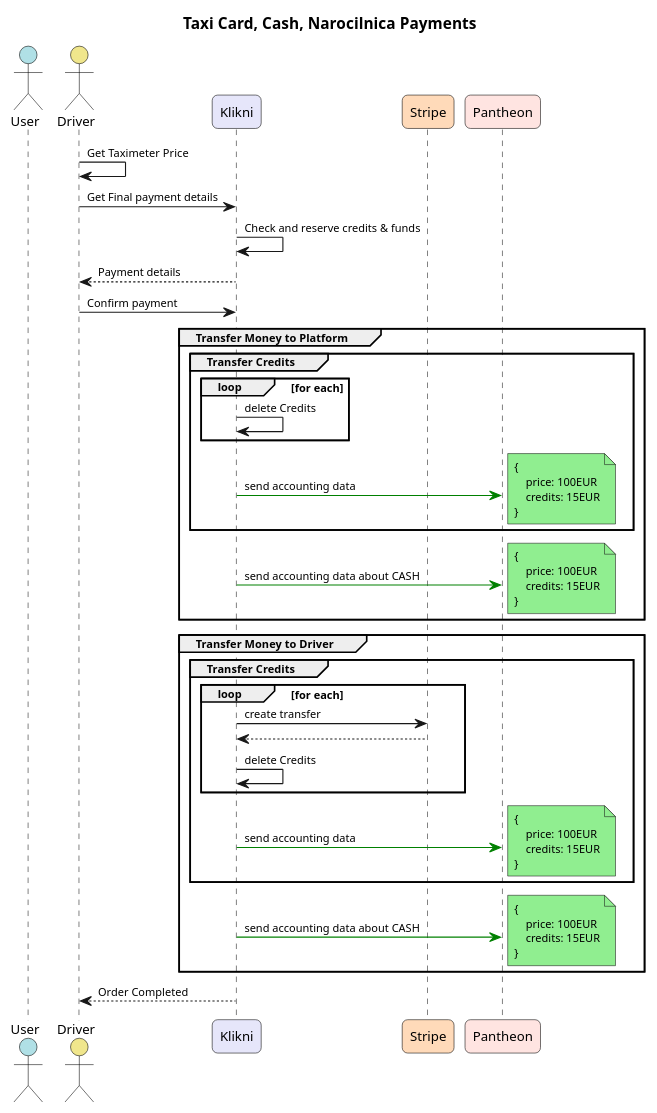
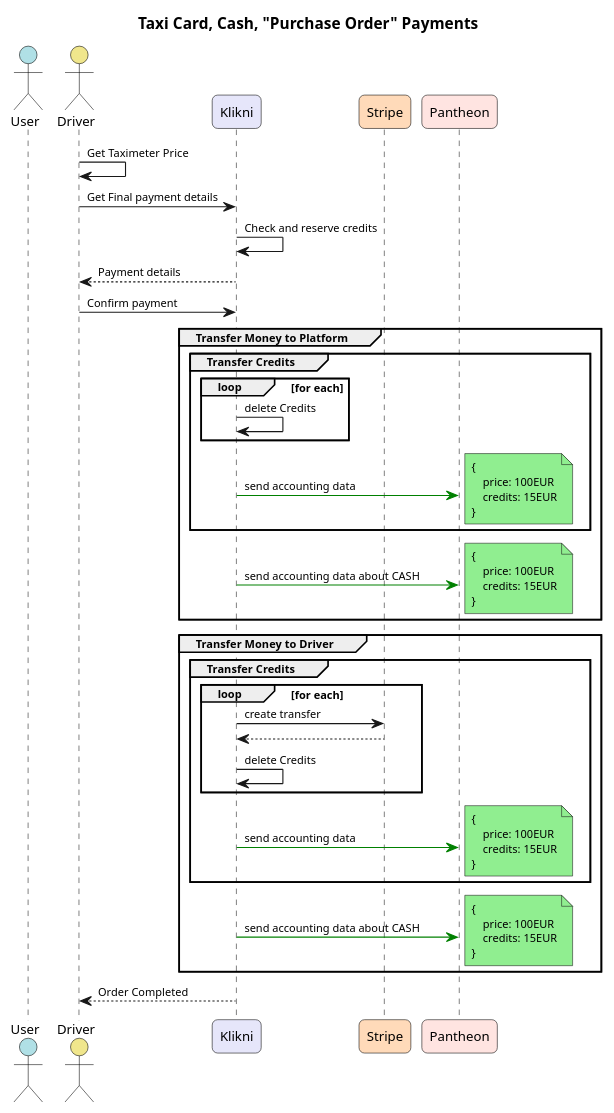
Before and after one commit to pbozic/be-analyisis: the diagram in docs/docs/diagrams/Pantheon/Taxi/TaxiKartica.puml, drawn with PlantUML. The commit also changed 24 other files, not shown here.

```diff
--- a/docs/docs/diagrams/Pantheon/Taxi/TaxiKartica.puml
+++ b/docs/docs/diagrams/Pantheon/Taxi/TaxiKartica.puml
@@ -1,93 +1,93 @@
-@startuml 
-title Taxi Card, Cash, Narocilnica Payments
+@startuml TaxiKartica
+title Taxi Card, Cash, "Purchase Order" Payments
 ' === Compact Sequence Styling ===
 skinparam defaultFontSize 10
 skinparam sequence {
     MessageSpacing 15
     ParticipantSpacing 50
 }
 
 ' === Actor / Participant Styling ===
 skinparam actor {
     FontName Arial
     FontSize 12
     BorderColor Black
     BackgroundColor #ADD8E6
     RoundCorner 10
     MinWidth 120
     MinHeight 120
 }
 
 skinparam participant {
     FontName Arial
     FontSize 12
     BorderColor Black
     RoundCorner 10
     MinWidth 140
     MinHeight 100
 }
 
 ' === Participant Colors ===
 ' Use stereotypes for coloring specific entities
 actor User as user #B0E0E6
 actor Driver as driver #F0E68C
 participant Klikni as klikni #E6E6FA
 participant Stripe as stripe #FFDAB9
 participant Pantheon as pantheon #FFE4E1
 
 ' === Sequence Example ===
 driver -> driver: Get Taximeter Price
 driver -> klikni: Get Final payment details
-klikni -> klikni: Check and reserve credits & funds
+klikni -> klikni: Check and reserve credits
 klikni --> driver: Payment details
 driver -> klikni: Confirm payment
 group Transfer Money to Platform
     group Transfer Credits
         loop for each
             klikni->klikni: delete Credits
         end
         klikni -[#green]> pantheon: send accounting data
         note right #LightGreen
         {
             price: 100EUR
             credits: 15EUR
         }
         end note
     end
     klikni -[#green]> pantheon: send accounting data about CASH
     note right #LightGreen
     {
         price: 100EUR
         credits: 15EUR
     }
     end note
 end
 
 group Transfer Money to Driver
     group Transfer Credits
         loop for each
             klikni->stripe: create transfer
             klikni<--stripe
             klikni->klikni: delete Credits
         end
         klikni -[#green]> pantheon: send accounting data
         note right #LightGreen
         {
             price: 100EUR
             credits: 15EUR
         }
         end note
     end
 
     klikni -[#green]> pantheon: send accounting data about CASH
     note right #LightGreen
     {
         price: 100EUR
         credits: 15EUR
     }
     end note
 end
 
 driver <-- klikni: Order Completed
 
 @enduml
```
